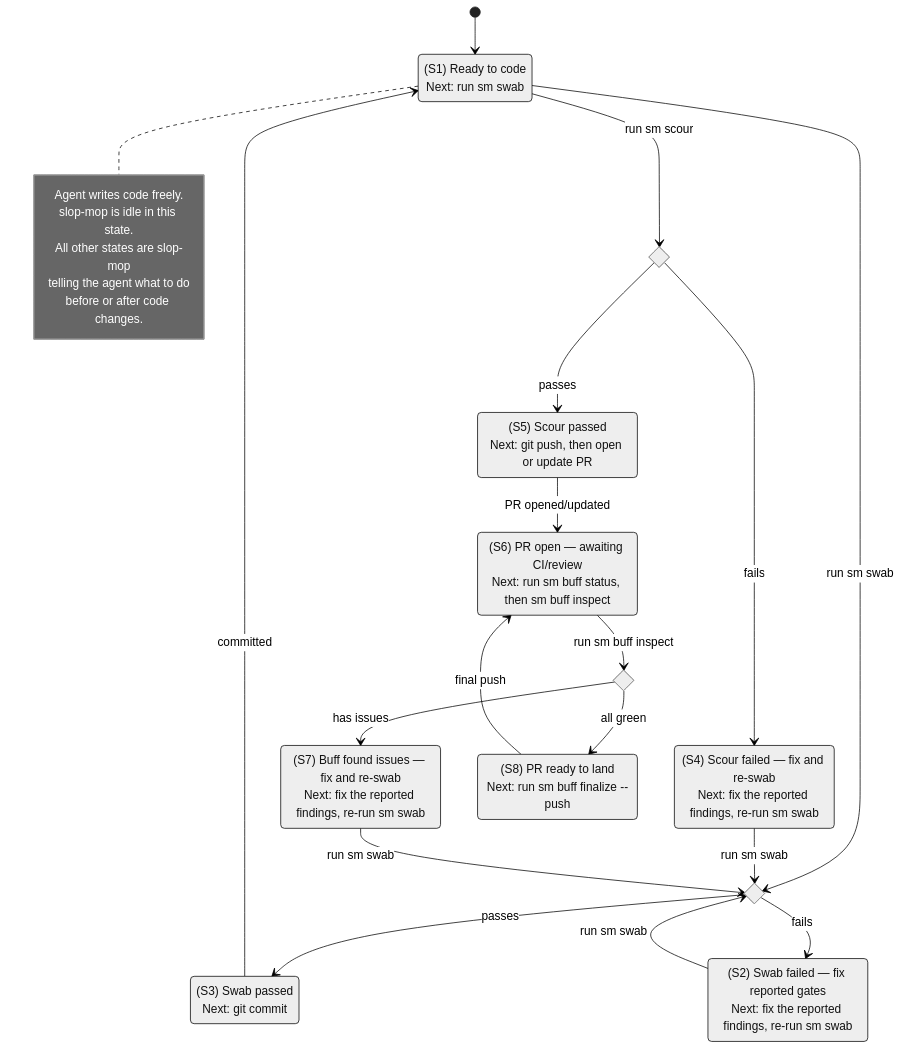
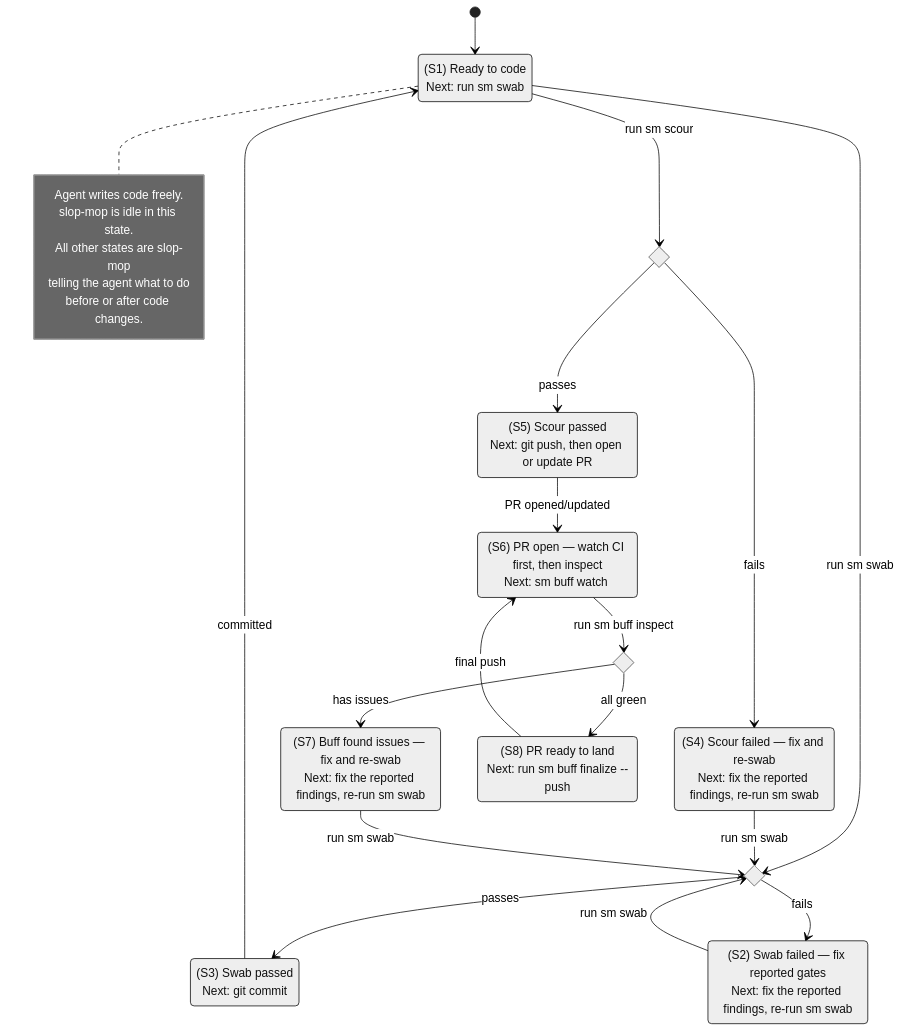
One commit to ScienceIsNeato/slop-mop changed the diagram in DOCS/WORKFLOW.md. Above: the diagram before and after it, drawn with Mermaid (neutral theme). The commit also changed other lines of this file and 9 other files, not shown here.

First line of the commit message:
feat(sail): make PR-open flow watch CI before reporting (#237)

````diff
--- a/DOCS/WORKFLOW.md
+++ b/DOCS/WORKFLOW.md
@@ -15,41 +15,41 @@
 ```mermaid
 stateDiagram-v2
     direction TB
     state "(S1) Ready to code<br/>Next: run sm swab" as idle
     state "(S3) Swab passed<br/>Next: git commit" as swab_clean
     state "(S2) Swab failed — fix reported gates<br/>Next: fix the reported findings, re-run sm swab" as swab_failing
     state "(S4) Scour failed — fix and re-swab<br/>Next: fix the reported findings, re-run sm swab" as scour_failing
     state "(S7) Buff found issues — fix and re-swab<br/>Next: fix the reported findings, re-run sm swab" as buff_failing
     state "(S5) Scour passed<br/>Next: git push, then open or update PR" as scour_clean
-    state "(S6) PR open — awaiting CI/review<br/>Next: run sm buff status, then sm buff inspect" as pr_open
+    state "(S6) PR open — watch CI first, then inspect<br/>Next: sm buff watch <PR#>" as pr_open
     state "(S8) PR ready to land<br/>Next: run sm buff finalize --push" as pr_ready
 
     state swab_check <<choice>>
     state scour_check <<choice>>
     state buff_check <<choice>>
 
     [*] --> idle
     note right of idle
         Agent writes code freely.
         slop-mop is idle in this state.
         All other states are slop-mop
         telling the agent what to do
         before or after code changes.
     end note
 
     idle --> swab_check : run sm swab
     swab_check --> swab_clean : passes
     swab_check --> swab_failing : fails
     swab_failing --> swab_check : run sm swab
     scour_failing --> swab_check : run sm swab
     buff_failing --> swab_check : run sm swab
     swab_clean --> idle : committed
     idle --> scour_check : run sm scour
     scour_check --> scour_clean : passes
     scour_check --> scour_failing : fails
     scour_clean --> pr_open : PR opened/updated
     pr_open --> buff_check : run sm buff inspect
     buff_check --> buff_failing : has issues
     buff_check --> pr_ready : all green
     pr_ready --> pr_open : final push
 ```
````
